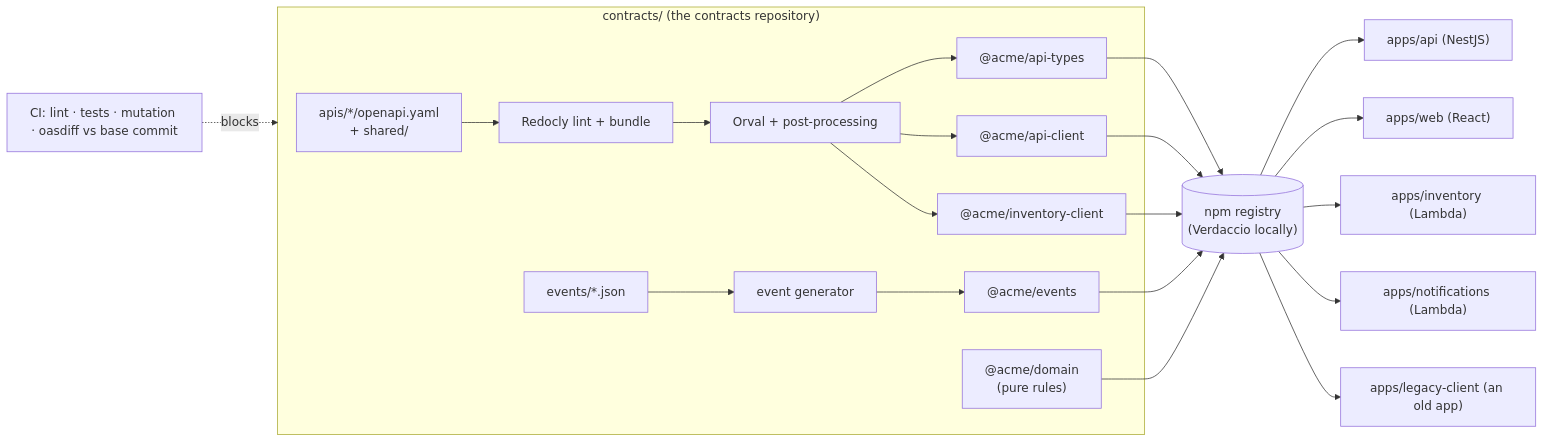
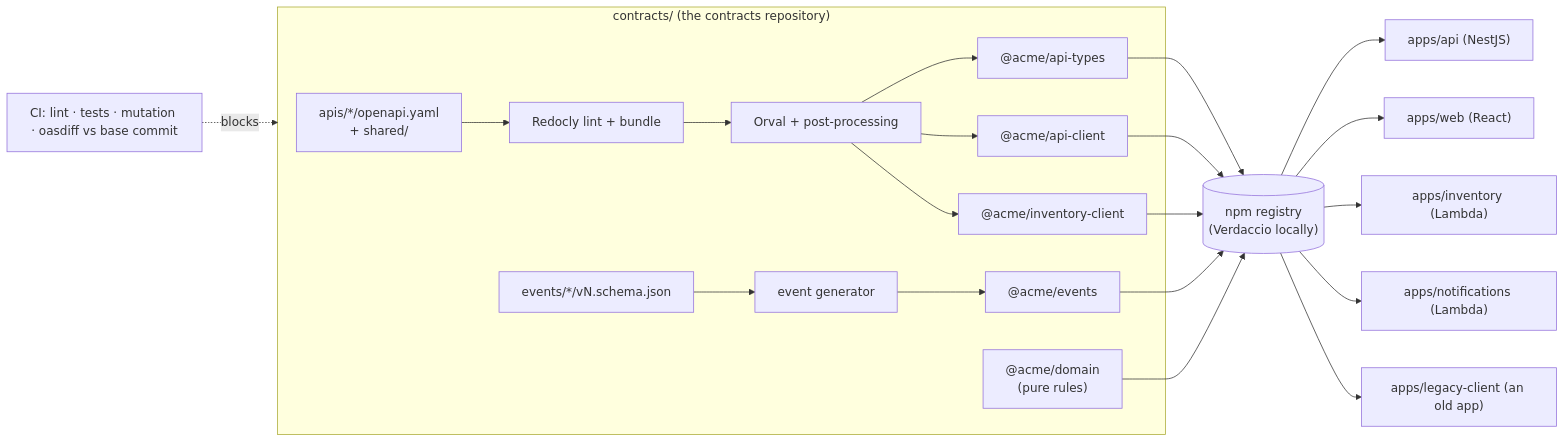
Before and after one commit to M4ciel/contract-first-poc: the first of 2 diagrams in docs/00-overview.md, drawn with Mermaid. The commit also changed 35 other files, not shown here.

````diff
--- a/docs/00-overview.md
+++ b/docs/00-overview.md
@@ -24,20 +24,20 @@
 ```mermaid
 flowchart LR
   subgraph contracts["contracts/ (the contracts repository)"]
     O["apis/*/openapi.yaml<br/>+ shared/"] --> L["Redocly lint + bundle"]
     L --> G["Orval + post-processing"]
-    E["events/*.json"] --> GE["event generator"]
+    E["events/*/vN.schema.json"] --> GE["event generator"]
     G --> T["@acme/api-types"]
     G --> C["@acme/api-client"]
     G --> IC["@acme/inventory-client"]
     GE --> EV["@acme/events"]
     D["@acme/domain<br/>(pure rules)"]
   end
   CI["CI: lint · tests · mutation · oasdiff vs base commit"] -. blocks .-> contracts
   T & C & IC & EV & D --> REG[("npm registry<br/>(Verdaccio locally)")]
   REG --> API["apps/api (NestJS)"]
   REG --> WEB["apps/web (React)"]
   REG --> INV["apps/inventory (Lambda)"]
   REG --> NT["apps/notifications (Lambda)"]
   REG --> LEG["apps/legacy-client (an old app)"]
 ```
````
